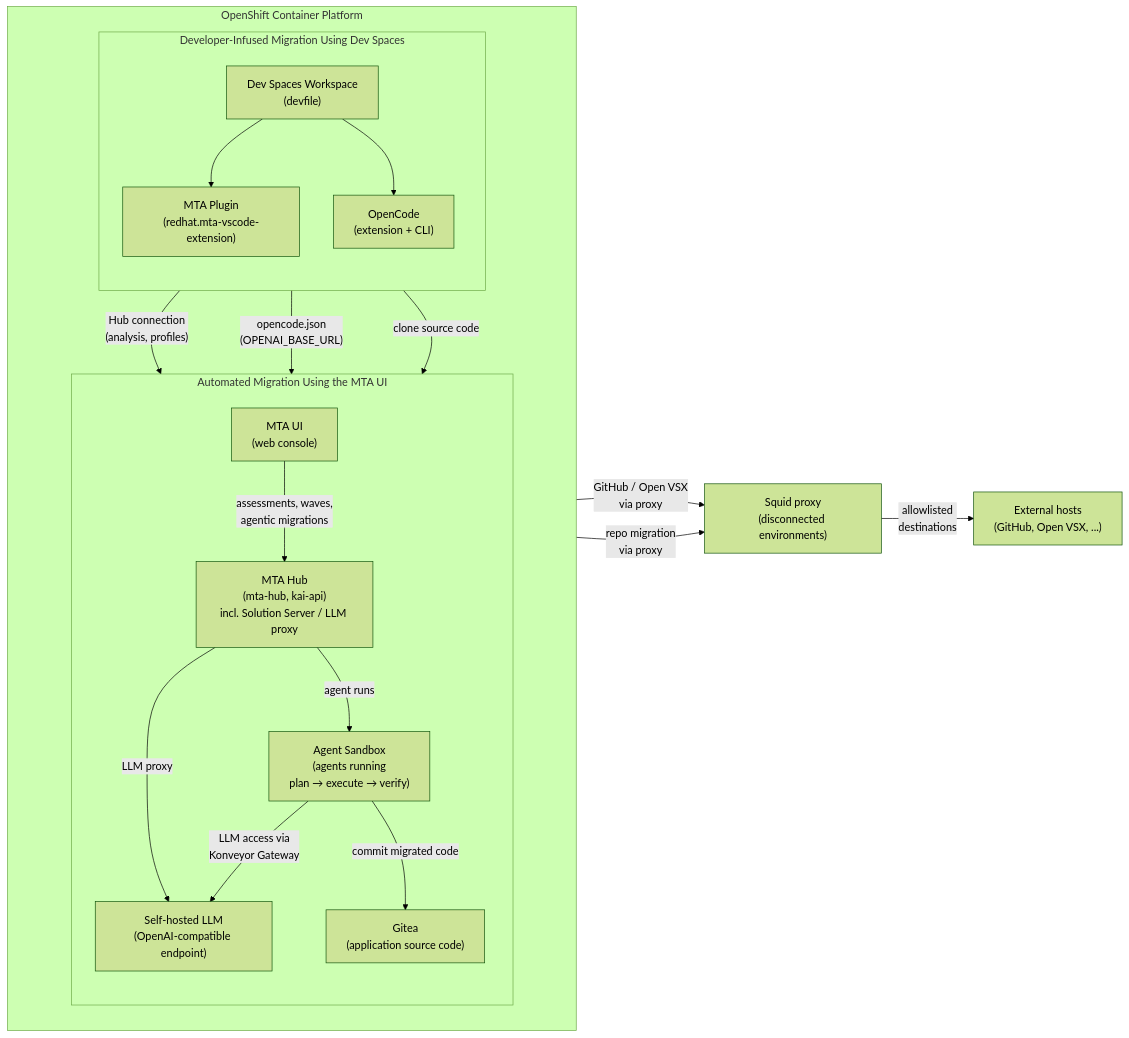
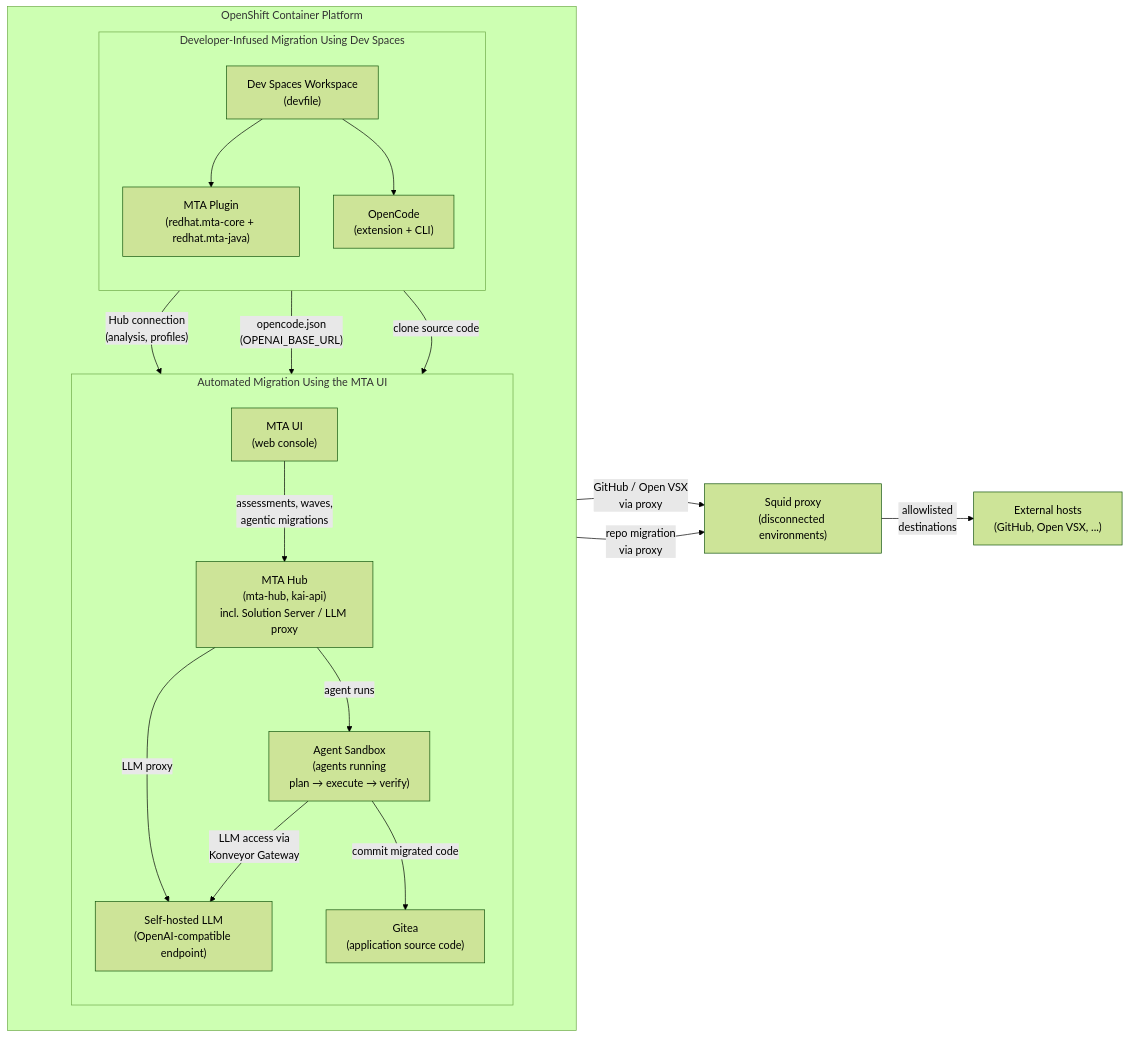
One commit to jcordes73/mta-use-cases changed the diagram in README.md. Above: the diagram before and after it, drawn with Mermaid (forest theme). The commit also changed other lines of this file, not shown here.

````diff
--- a/README.md
+++ b/README.md
@@ -23,35 +23,35 @@
 ```mermaid
 flowchart LR
     subgraph openshift["OpenShift Container Platform"]
         direction TB
         subgraph automated["Automated Migration Using the MTA UI"]
             direction TB
             UI["MTA UI<br/>(web console)"]
             HUB["MTA Hub<br/>(mta-hub, kai-api)<br/>incl. Solution Server / LLM proxy"]
             SANDBOX["Agent Sandbox<br/>(agents running<br/>plan → execute → verify)"]
             UI -->|"assessments, waves,<br/>agentic migrations"| HUB
             HUB -->|"agent runs"| SANDBOX
             HUB -->|"LLM proxy"| LLM
             SANDBOX -->|"LLM access via<br/>Konveyor Gateway"| LLM
             SANDBOX -->|"commit migrated code"| GITEA
         end
         subgraph developer["Developer-Infused Migration Using Dev Spaces"]
             direction TB
             WS["Dev Spaces Workspace<br/>(devfile)"]
-            PLUGIN["MTA Plugin<br/>(redhat.mta-vscode-extension)"]
+            PLUGIN["MTA Plugin<br/>(redhat.mta-core + redhat.mta-java)"]
             OPENCODE["OpenCode<br/>(extension + CLI)"]
             WS --> PLUGIN
             WS --> OPENCODE
         end
     end
     LLM["Self-hosted LLM<br/>(OpenAI-compatible endpoint)"]
     GITEA["Gitea<br/>(application source code)"]
     SQUID["Squid proxy<br/>(disconnected environments)"]
     EXT["External hosts<br/>(GitHub, Open VSX, ...)"]
     PLUGIN -->|"Hub connection<br/>(analysis, profiles)"| HUB
     OPENCODE -->|"opencode.json<br/>(OPENAI_BASE_URL)"| LLM
     WS -->|"clone source code"| GITEA
     WS -->|"GitHub / Open VSX<br/>via proxy"| SQUID
     GITEA -->|"repo migration<br/>via proxy"| SQUID
     SQUID -->|"allowlisted<br/>destinations"| EXT
 ```
````
